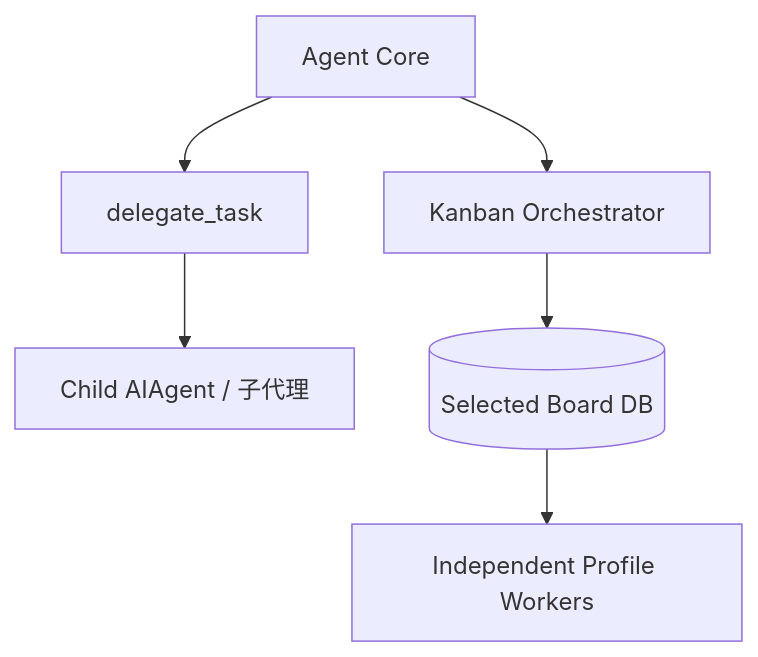
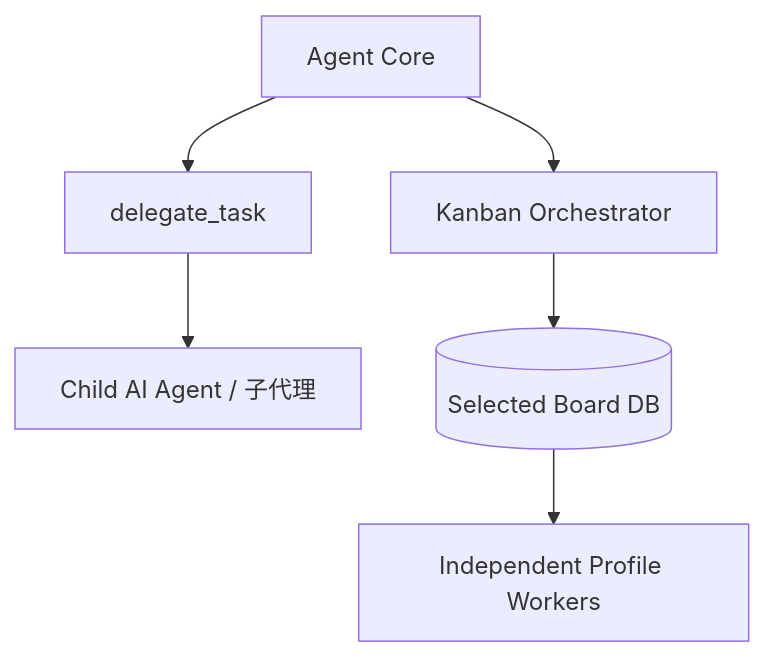
The seventh of 7 diagrams in 06-architecture.md (qixiaoz/hermes-agent-wiki), drawn with Mermaid before and after one commit. The commit also changed other lines of this file, not shown here.

Commit message:
docs: use AI Agent as display name

````diff
--- a/06-architecture.md
+++ b/06-architecture.md
@@ -274,9 +274,9 @@
 ```mermaid
 flowchart TB
     A[Agent Core]
     A --> D[delegate_task]
-    D --> S[Child AIAgent / 子代理]
+    D --> S[Child AI Agent / 子代理]
     A --> K[Kanban Orchestrator]
     K --> DB[(Selected Board DB)]
     DB --> W[Independent Profile Workers]
 ```
````
